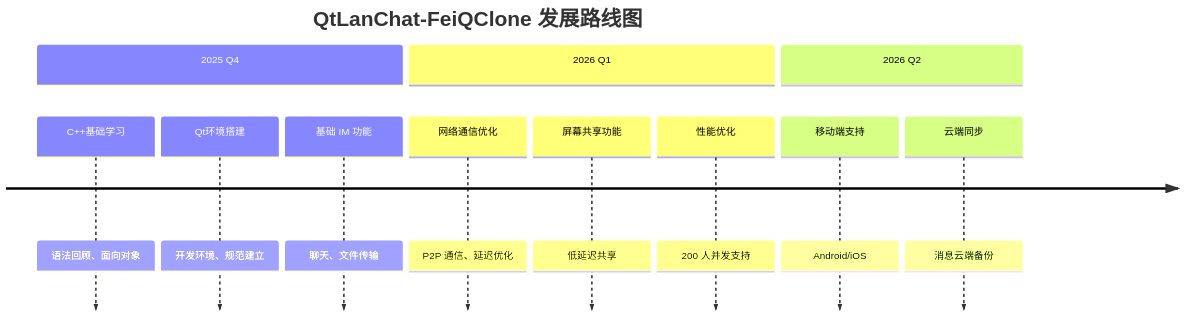
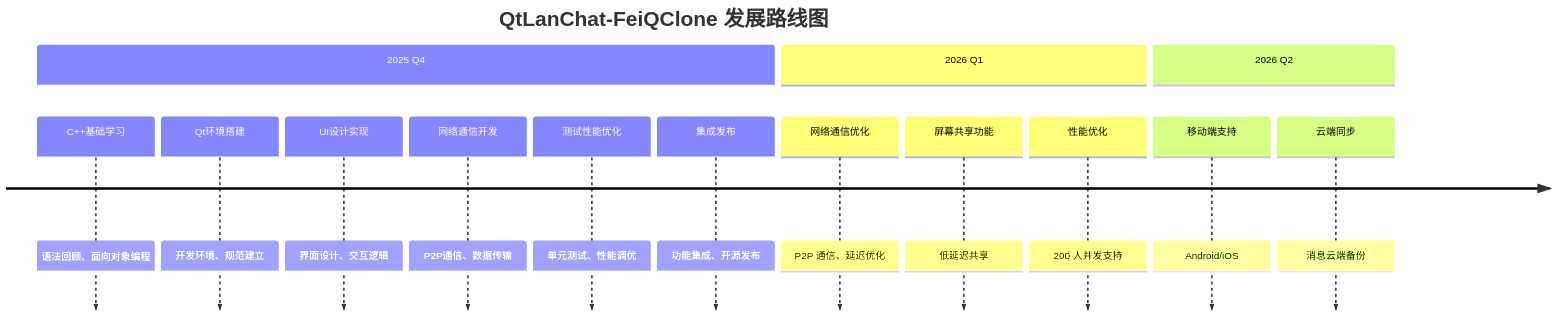
Before and after one commit to IdEvEbI/QtLanChat-FeiQClone: the third of 3 diagrams in README.md, drawn with Mermaid. The commit also changed other lines of this file, not shown here.

````diff
--- a/README.md
+++ b/README.md
@@ -476,18 +479,21 @@
 ```mermaid
 timeline
     title QtLanChat-FeiQClone 发展路线图
 
     section 2025 Q4
-        C++基础学习     : 语法回顾、面向对象
+        C++基础学习     : 语法回顾、面向对象编程
         Qt环境搭建      : 开发环境、规范建立
-        基础 IM 功能    : 聊天、文件传输
+        UI设计实现      : 界面设计、交互逻辑
+        网络通信开发    : P2P通信、数据传输
+        测试性能优化    : 单元测试、性能调优
+        集成发布        : 功能集成、开源发布
 
     section 2026 Q1
         网络通信优化    : P2P 通信、延迟优化
         屏幕共享功能    : 低延迟共享
         性能优化        : 200 人并发支持
 
     section 2026 Q2
         移动端支持      : Android/iOS
         云端同步        : 消息云端备份
 ```
````
